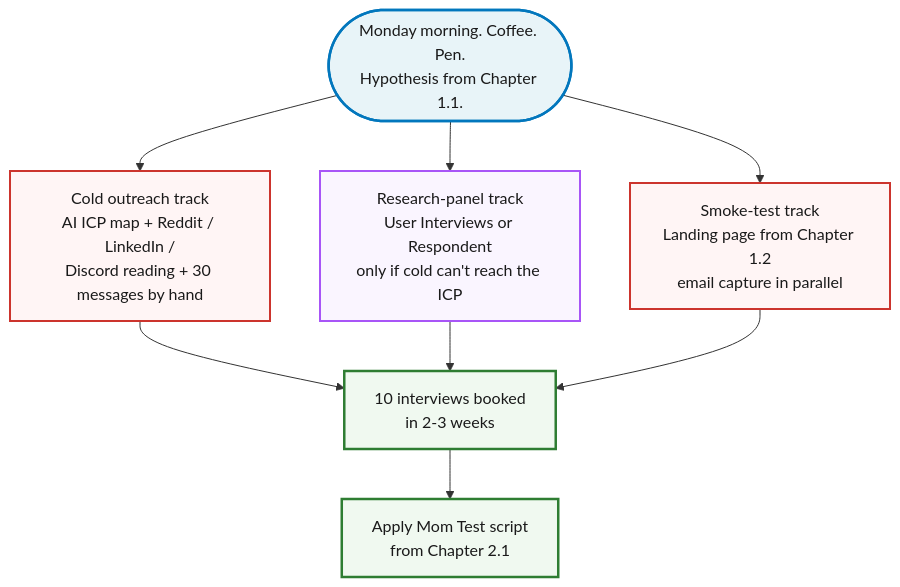
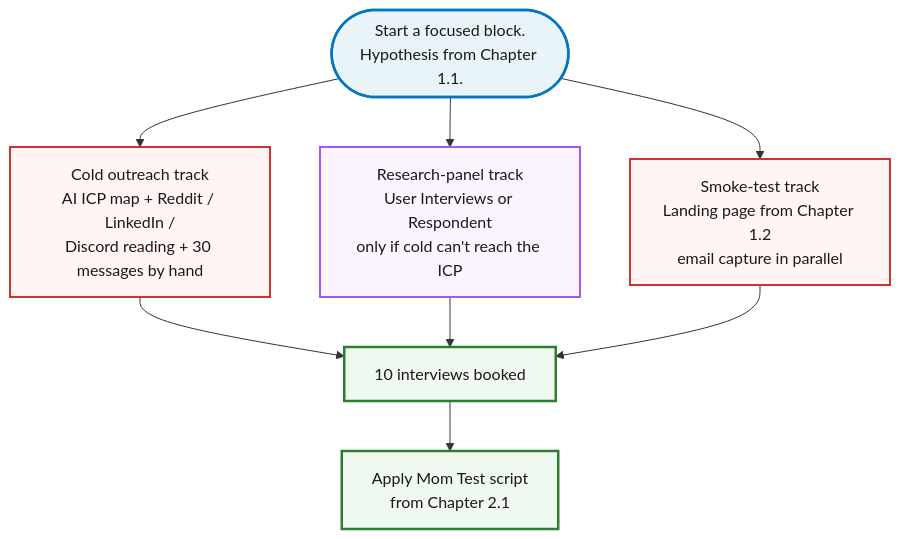
Before and after one commit to jetthoughts/jetthoughts.github.io: the diagram in content/course/tech-for-non-technical-founders-2026/find-10-people-with-problem-outreach-2026/index.md, drawn with Mermaid. The commit also changed other lines of this file and 25 other files, not shown here.

Commit message:
content(course): AI deep-research — logic-flow, critic sweeps, execution-readiness

````diff
--- a/content/course/tech-for-non-technical-founders-2026/find-10-people-with-problem-outreach-2026/index.md
+++ b/content/course/tech-for-non-technical-founders-2026/find-10-people-with-problem-outreach-2026/index.md
@@ -246,22 +254,22 @@
 ```mermaid
 %%{init: {'theme':'base', 'themeVariables': {'fontFamily':'Caveat, Patrick Hand, cursive', 'primaryColor':'#fff5f5', 'primaryBorderColor':'#cc342d', 'lineColor':'#333', 'primaryTextColor':'#1a1a1a'}}}%%
 flowchart TD
-    A(["Monday morning. Coffee. Pen.<br/>Hypothesis from Chapter 1.1."])
+    A(["Start a focused block.<br/>Hypothesis from Chapter 1.1."])
     A --> B[Cold outreach track<br/>AI ICP map + Reddit / LinkedIn /<br/>Discord reading + 30 messages by hand]
     A --> C[Research-panel track<br/>User Interviews or Respondent<br/>only if cold can't reach the ICP]
     A --> D[Smoke-test track<br/>Landing page from Chapter 1.2<br/>email capture in parallel]
-    B --> E[10 interviews booked<br/>in 2-3 weeks]
+    B --> E[10 interviews booked]
     C --> E
     D --> E
     E --> F[Apply Mom Test script<br/>from Chapter 2.1]
 
     classDef start fill:#e8f4f8,stroke:#0277bd,stroke-width:2.5px,color:#1a1a1a
     classDef track fill:#fff5f5,stroke:#cc342d,stroke-width:2px,color:#1a1a1a
     classDef paid fill:#faf5ff,stroke:#a855f7,stroke-width:2px,color:#1a1a1a
     classDef goal fill:#f0f9f0,stroke:#2e7d32,stroke-width:2.5px,color:#1a1a1a
 
     class A start
     class B,D track
     class C paid
     class E,F goal
 ```
````
